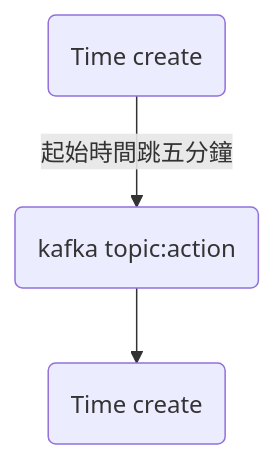
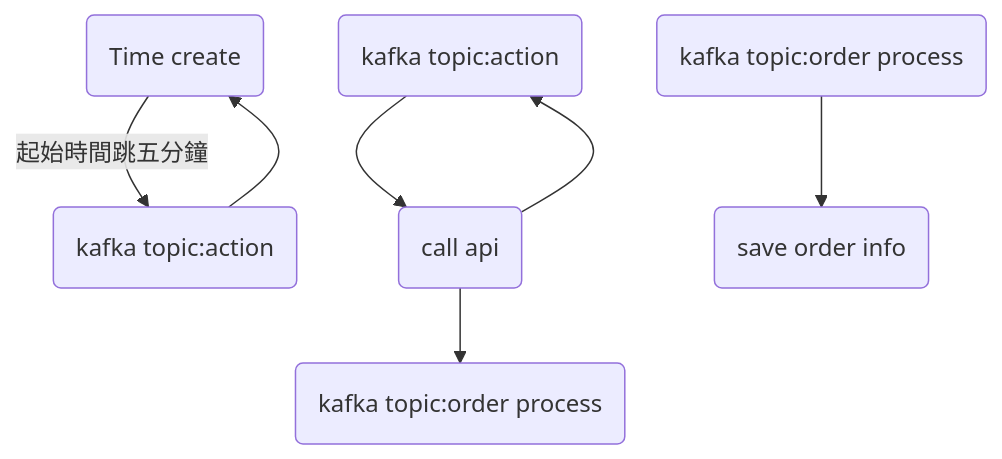
The first of 3 diagrams in kafka issue.md (tm731531/notebook), drawn with Mermaid before and after one commit. The commit also changed other lines of this file, not shown here.

````diff
--- a/kafka issue.md
+++ b/kafka issue.md
@@ -54,8 +61,15 @@
 ``` mermaid
 graph TD
     
   start("Time create") --起始時間跳五分鐘 --> handler("kafka topic:action ")
  
-  handler --> exit("Time create")
+  handler --> start("Time create")
+  
+  queue("kafka topic:action ")  --> worker("call api")
+  worker --> queue("kafka topic:action ")
+  worker --> nextQueue("kafka topic:order process ")
+  
+  
+  queue2("kafka topic:order process ") --> save("save order info")
 
 ```
````
